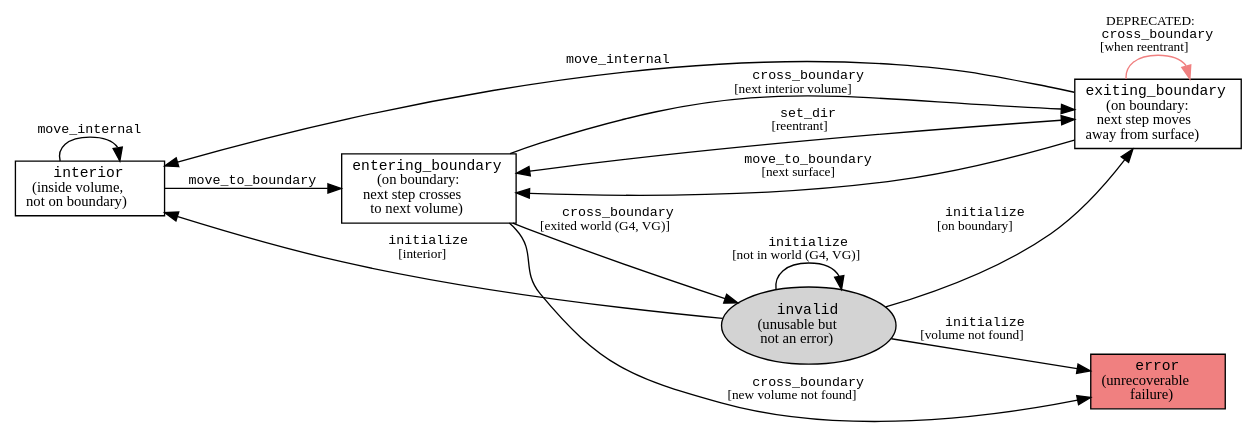
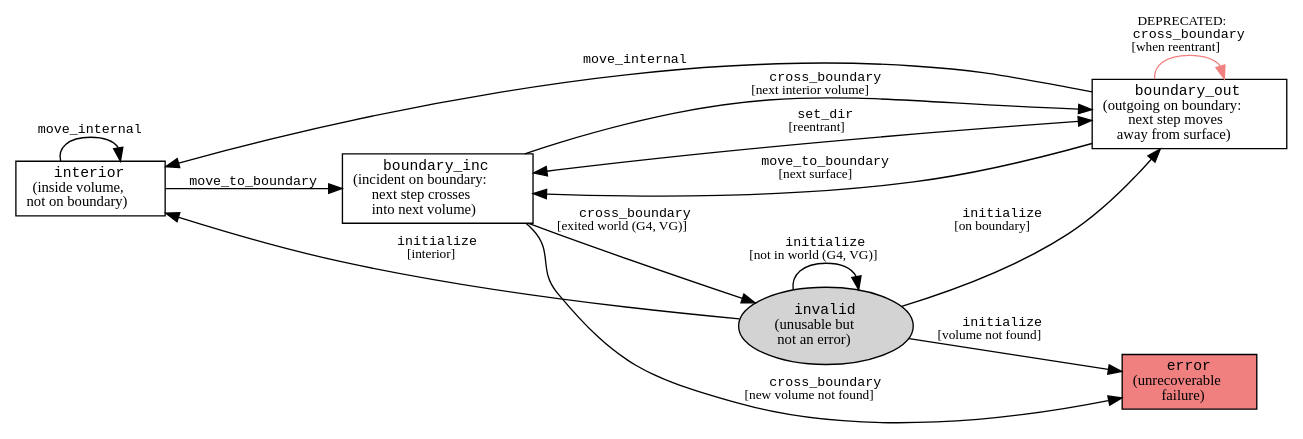
One commit to celeritas-project/celeritas changed the diagram in doc/_input/geo-status.dot. Above: the diagram before and after it, drawn with Graphviz. The commit also changed 7 other files, not shown here.

```diff
--- a/doc/_input/geo-status.dot
+++ b/doc/_input/geo-status.dot
@@ -1,34 +1,34 @@
 digraph GeoStatus {
   graph [rankdir=LR];
   node [fontsize=11 shape=box];
   edge [fontsize=10];
 
   // States
   "interior"            [label=<<FONT FACE="Monospace">interior</FONT><BR/>(inside volume,<BR/>not on boundary)>];
-  "exiting_boundary"    [label=<<FONT FACE="Monospace">exiting_boundary</FONT><BR/>(on boundary:<BR/>next step moves<BR/>away from surface)>];
-  "entering_boundary"   [label=<<FONT FACE="Monospace">entering_boundary</FONT><BR/>(on boundary:<BR/>next step crosses<BR/>to next volume)>];
+  "boundary_out"    [label=<<FONT FACE="Monospace">boundary_out</FONT><BR/>(outgoing on boundary:<BR/>next step moves<BR/>away from surface)>];
+  "boundary_inc"   [label=<<FONT FACE="Monospace">boundary_inc</FONT><BR/>(incident on boundary:<BR/>next step crosses<BR/>into next volume)>];
   "error"               [label=<<FONT FACE="Monospace">error</FONT><BR/>(unrecoverable<BR/>failure)>, style=filled, fillcolor=lightcoral];
   "invalid"             [label=<<FONT FACE="Monospace">invalid</FONT><BR/>(unusable but<BR/>not an error)>, style=filled, shape=oval];
 
   // From invalid: operator= places track in geometry
   "invalid" -> "interior"  [label=<<FONT FACE="Monospace">initialize</FONT><BR/>[interior]>];
-  "invalid" -> "exiting_boundary"  [label=<<FONT FACE="Monospace">initialize</FONT><BR/>[on boundary]>];
+  "invalid" -> "boundary_out"  [label=<<FONT FACE="Monospace">initialize</FONT><BR/>[on boundary]>];
   "invalid" -> "error"             [label=<<FONT FACE="Monospace">initialize</FONT><BR/>[volume not found]>];
   "invalid" -> "invalid"           [label=<<FONT FACE="Monospace">initialize</FONT><BR/>[not in world (G4, VG)]>];
 
   // From interior: propagation
-  "interior" -> "entering_boundary"  [label=<<FONT FACE="Monospace">move_to_boundary</FONT>>];
+  "interior" -> "boundary_inc"  [label=<<FONT FACE="Monospace">move_to_boundary</FONT>>];
   "interior" -> "interior"           [label=<<FONT FACE="Monospace">move_internal</FONT>>];
 
-  // From exiting_boundary: normal tracking
-  "exiting_boundary" -> "interior"           [label=<<FONT FACE="Monospace">move_internal</FONT>>];
-  "exiting_boundary" -> "entering_boundary"  [label=<<FONT FACE="Monospace">set_dir</FONT><BR/>[reentrant]>, dir="both"];
-  "exiting_boundary" -> "entering_boundary"  [label=<<FONT FACE="Monospace">move_to_boundary</FONT><BR/>[next surface]>];
+  // From boundary_out: normal tracking
+  "boundary_out" -> "interior"           [label=<<FONT FACE="Monospace">move_internal</FONT>>];
+  "boundary_out" -> "boundary_inc"  [label=<<FONT FACE="Monospace">set_dir</FONT><BR/>[reentrant]>, dir="both"];
+  "boundary_out" -> "boundary_inc"  [label=<<FONT FACE="Monospace">move_to_boundary</FONT><BR/>[next surface]>];
   // DEPRECATED: should be handled by skipping geo crossing
-  "exiting_boundary" -> "exiting_boundary"   [label=<DEPRECATED:<BR/><FONT FACE="Monospace">cross_boundary</FONT><BR/>[when reentrant]>, color=lightcoral];
+  "boundary_out" -> "boundary_out"   [label=<DEPRECATED:<BR/><FONT FACE="Monospace">cross_boundary</FONT><BR/>[when reentrant]>, color=lightcoral];
 
   // Crossing the surface
-  "entering_boundary" -> "exiting_boundary"  [label=<<FONT FACE="Monospace">cross_boundary</FONT><BR/>[next interior volume]>];
-  "entering_boundary" -> "error"             [label=<<FONT FACE="Monospace">cross_boundary</FONT><BR/>[new volume not found]>];
-  "entering_boundary" -> "invalid"           [label=<<FONT FACE="Monospace">cross_boundary</FONT><BR/>[exited world (G4, VG)]>];
+  "boundary_inc" -> "boundary_out"  [label=<<FONT FACE="Monospace">cross_boundary</FONT><BR/>[next interior volume]>];
+  "boundary_inc" -> "error"             [label=<<FONT FACE="Monospace">cross_boundary</FONT><BR/>[new volume not found]>];
+  "boundary_inc" -> "invalid"           [label=<<FONT FACE="Monospace">cross_boundary</FONT><BR/>[exited world (G4, VG)]>];
 }
```
